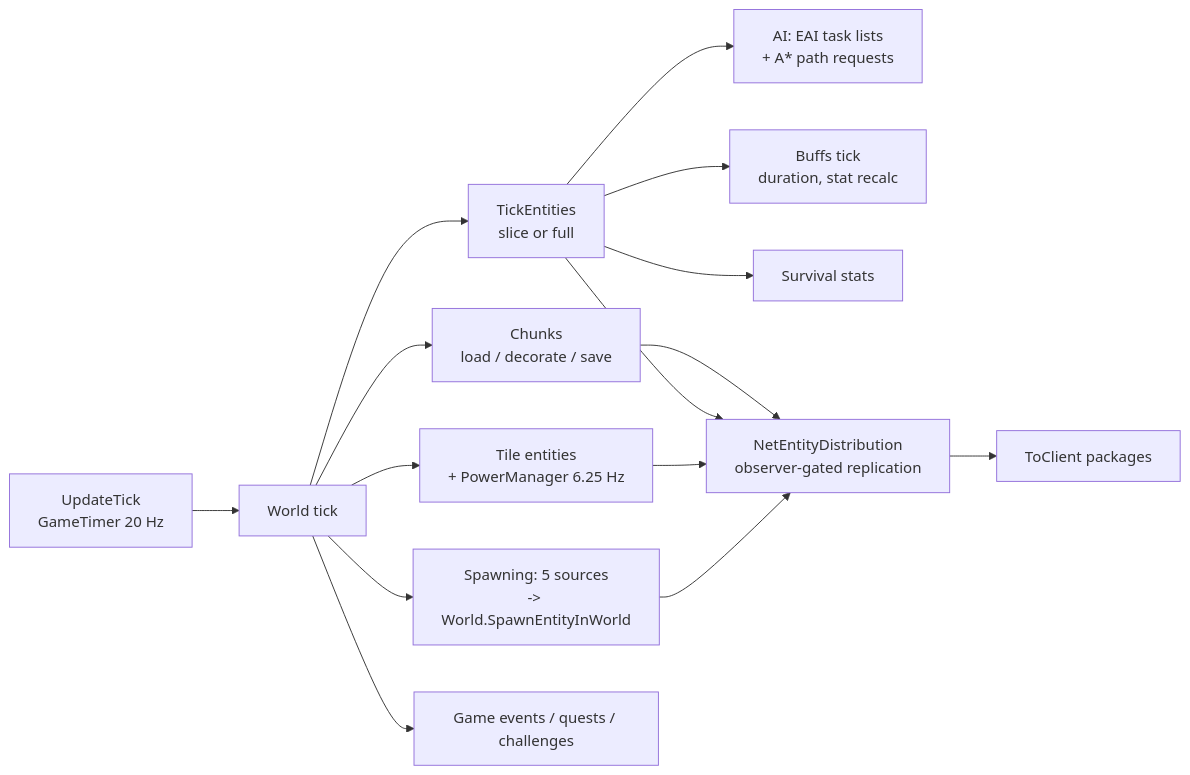
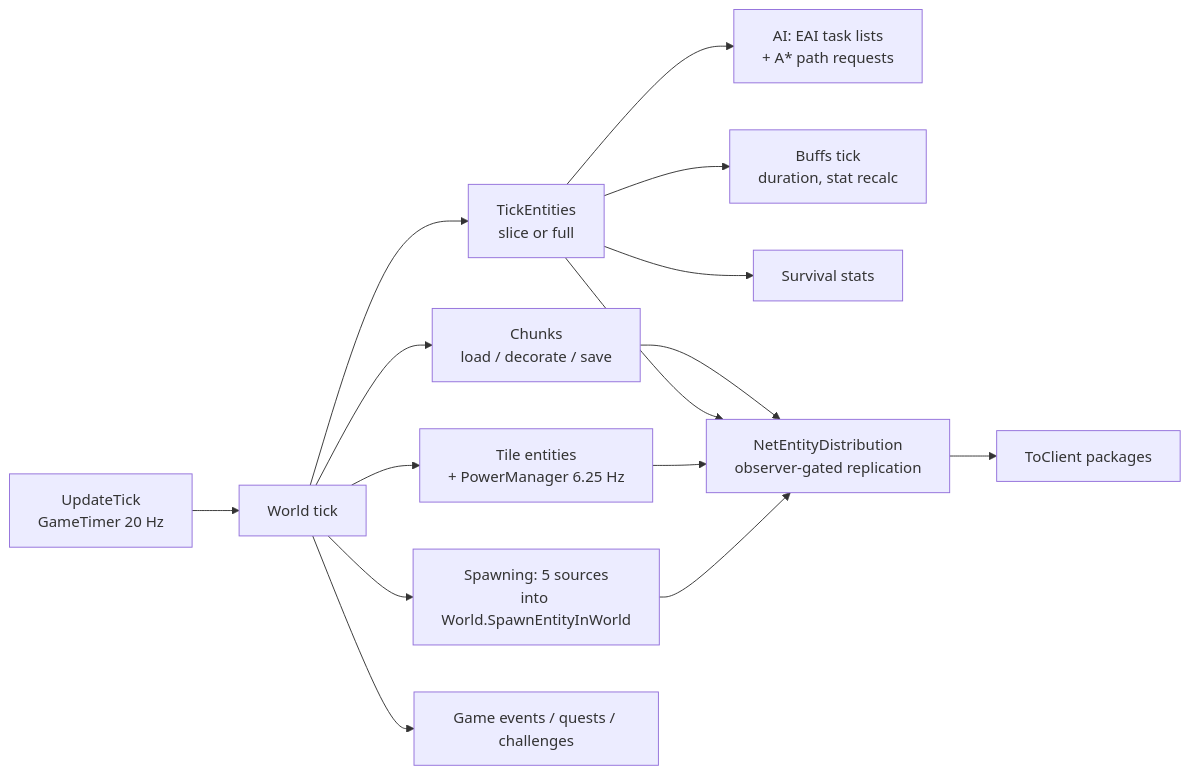
One commit to hordeforge/7dtd-engine-research changed the fourth of 7 diagrams in docs/architecture-map.md. Above: the diagram before and after it, drawn with Mermaid. The commit also changed other lines of this file and 1 other file, not shown here.

First line of the commit message:
Make the architecture map render on mermaid 8.6

````diff
--- a/docs/architecture-map.md
+++ b/docs/architecture-map.md
@@ -129,18 +134,17 @@
 ```mermaid
 flowchart LR
   TICK["UpdateTick<br/>GameTimer 20 Hz"] --> WT[World tick]
   WT --> CH["Chunks<br/>load / decorate / save"]
   WT --> ENTS["TickEntities<br/>slice or full"]
   ENTS --> AI["AI: EAI task lists<br/>+ A* path requests"]
   ENTS --> BUFF["Buffs tick<br/>duration, stat recalc"]
   ENTS --> STAT["Survival stats"]
   WT --> TE["Tile entities<br/>+ PowerManager 6.25 Hz"]
-  WT --> SPAWN["Spawning: 5 sources<br/>-> World.SpawnEntityInWorld"]
+  WT --> SPAWN["Spawning: 5 sources<br/>into World.SpawnEntityInWorld"]
   WT --> GE["Game events / quests / challenges"]
-  CH & ENTS & TE & SPAWN --> ND["NetEntityDistribution<br/>observer-gated replication"]
+  CH --> ND["NetEntityDistribution<br/>observer-gated replication"]
+  ENTS --> ND
+  TE --> ND
+  SPAWN --> ND
   ND --> OUT["ToClient packages"]
-
-  click ENTS "entity-ai.md"
-  click TE "tile-entities-power.md"
-  click SPAWN "spawning.md"
 ```
````
